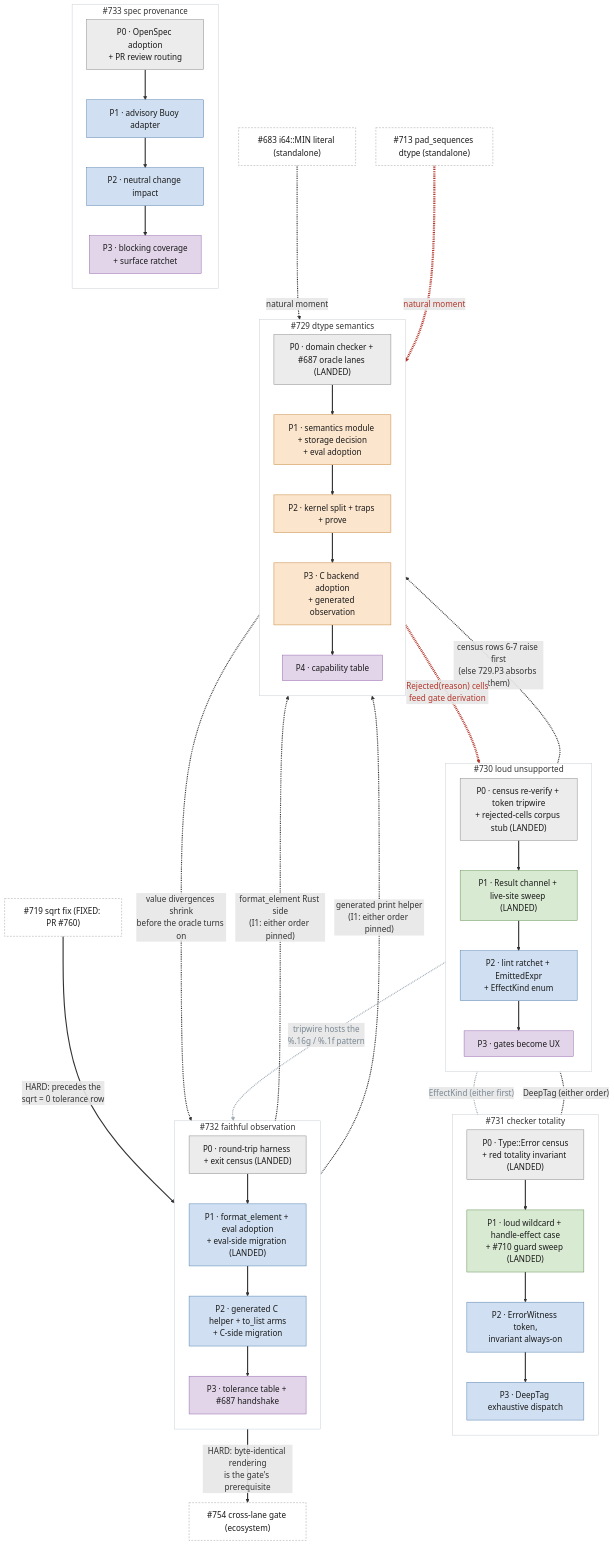
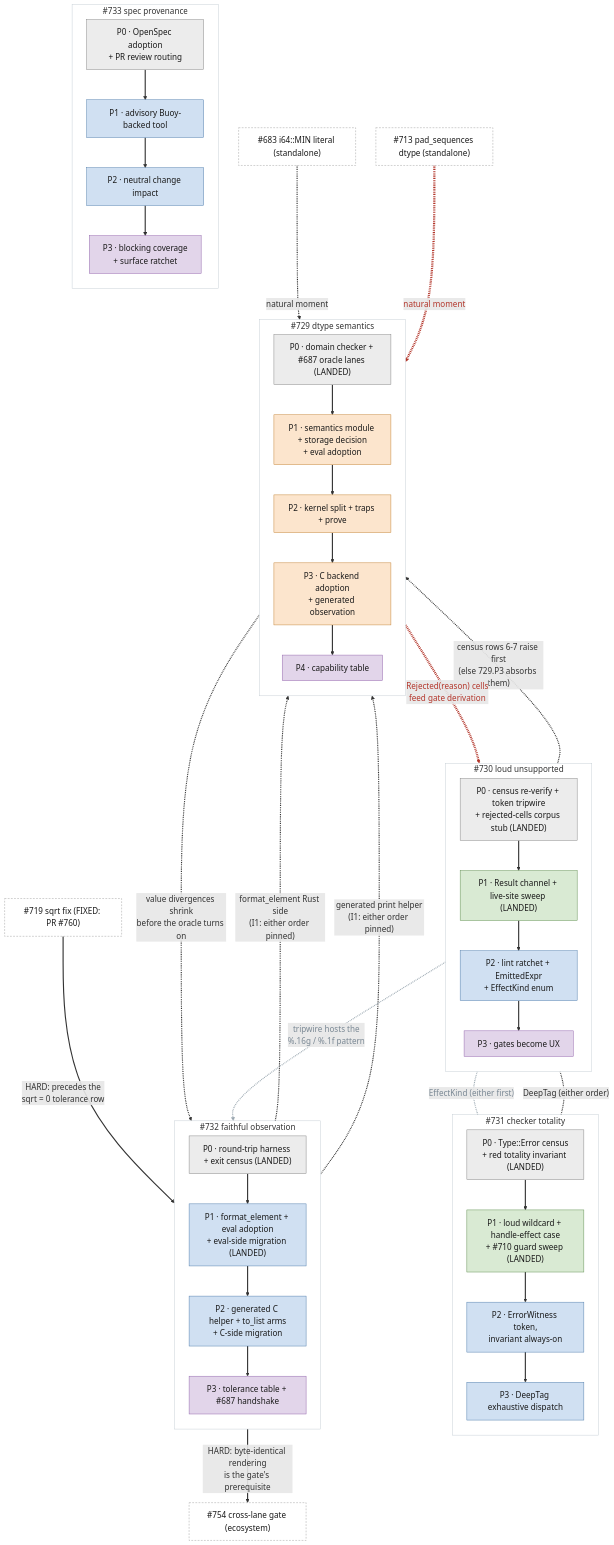
Before and after one commit to Chelis-Lang/chelis: the diagram in spec/design/remediation_roadmap.md, drawn with Mermaid. The commit also changed other lines of this file and 9 other files, not shown here.

Commit message:
docs(spec): route Buoy through future provenance tool

```diff
--- a/spec/design/remediation_roadmap.md
+++ b/spec/design/remediation_roadmap.md
@@ -130,7 +133,7 @@
   subgraph S733["#733 spec provenance"]
     direction TB
     n733p0["P0 · OpenSpec adoption<br/>+ PR review routing"]:::w0
-    n733p1["P1 · advisory Buoy adapter"]:::w2
+    n733p1["P1 · advisory Buoy-backed tool"]:::w2
     n733p2["P2 · neutral change impact"]:::w2
     n733p3["P3 · blocking coverage<br/>+ surface ratchet"]:::w4
     n733p0 --> n733p1 --> n733p2 --> n733p3
```
